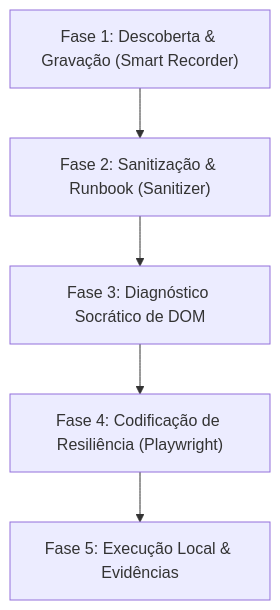
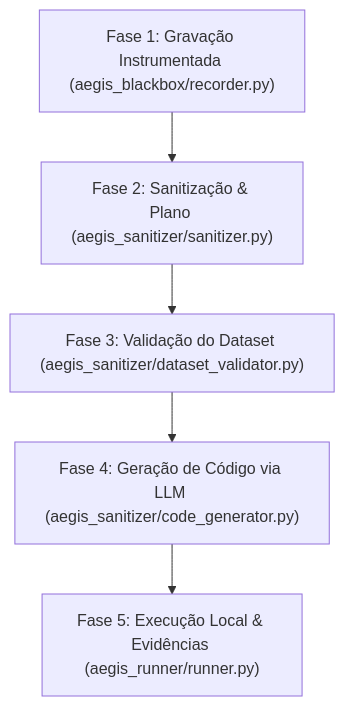
One commit to dseto/aegis_rpa_suite changed the diagram in docs/aegis_rpa_suite_walkthrough.md. Above: the diagram before and after it, drawn with Mermaid. The commit also changed other lines of this file and 24 other files, not shown here.

First line of the commit message:
feat(sanitizer): reescreve Fase 2 para classificar telemetria em vez de deletar

````diff
--- a/docs/aegis_rpa_suite_walkthrough.md
+++ b/docs/aegis_rpa_suite_walkthrough.md
@@ -11,7 +11,7 @@
 ```mermaid
 graph TD
-    A["Fase 1: Descoberta & Gravação (Smart Recorder)"] --> B["Fase 2: Sanitização & Runbook (Sanitizer)"]
-    B --> C["Fase 3: Diagnóstico Socrático de DOM"]
-    C --> D["Fase 4: Codificação de Resiliência (Playwright)"]
-    D --> E["Fase 5: Execução Local & Evidências"]
+    A["Fase 1: Gravação Instrumentada (aegis_blackbox/recorder.py)"] --> B["Fase 2: Sanitização & Plano (aegis_sanitizer/sanitizer.py)"]
+    B --> C["Fase 3: Validação do Dataset (aegis_sanitizer/dataset_validator.py)"]
+    C --> D["Fase 4: Geração de Código via LLM (aegis_sanitizer/code_generator.py)"]
+    D --> E["Fase 5: Execução Local & Evidências (aegis_runner/runner.py)"]
 ```
````
